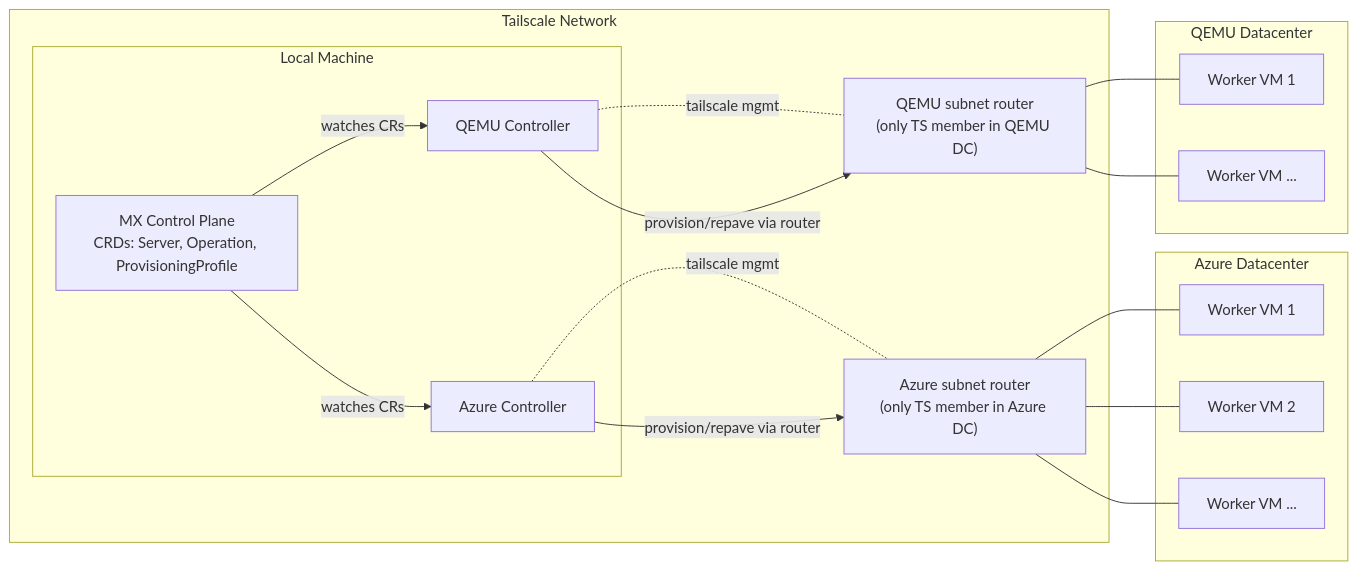
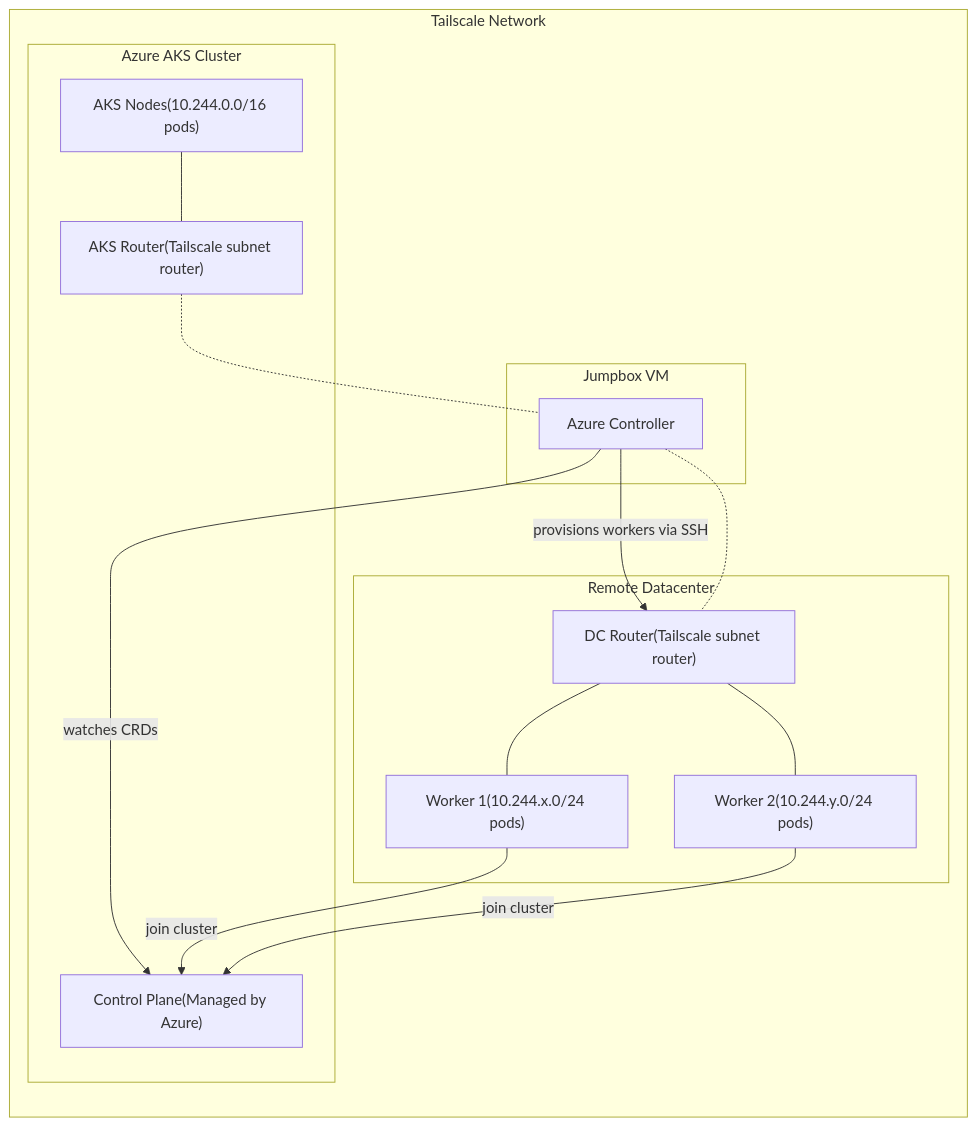
Before and after one commit to vpatelsj/stargate: the diagram in README.md, drawn with Mermaid. The commit also changed other lines of this file and 6 other files, not shown here.

````diff
--- a/README.md
+++ b/README.md
@@ -5,40 +33,32 @@
 ```mermaid
 flowchart LR
   subgraph TS[Tailscale Network]
-    subgraph Local[Local Machine]
-      CP["MX Control Plane\nCRDs: Server, Operation, ProvisioningProfile"]
+    subgraph Jumpbox[Jumpbox VM]
       AZC["Azure Controller"]
-      QC["QEMU Controller"]
     end
 
-    AZR["Azure subnet router\n(only TS member in Azure DC)"]
-    QR["QEMU subnet router\n(only TS member in QEMU DC)"]
+    subgraph AKS[Azure AKS Cluster]
+      CP["Control Plane(Managed by Azure)"]
+      AKSNodes["AKS Nodes(10.244.0.0/16 pods)"]
+      AKSR["AKS Router(Tailscale subnet router)"]
+    end
+
+    subgraph DC[Remote Datacenter]
+      DCR["DC Router(Tailscale subnet router)"]
+      W1["Worker 1(10.244.x.0/24 pods)"]
+      W2["Worker 2(10.244.y.0/24 pods)"]
+    end
   end
 
-  subgraph AzureDC[Azure Datacenter]
-    AVM1[Worker VM 1]
-    AVM2[Worker VM 2]
-    AVM3[Worker VM ...]
-  end
-
-  subgraph QemuDC[QEMU Datacenter]
-    QVM1[Worker VM 1]
-    QVM2[Worker VM ...]
-  end
-
-  CP -- watches CRs --> AZC
-  CP -- watches CRs --> QC
-
-  AZC -. tailscale mgmt .- AZR
-  QC  -. tailscale mgmt .- QR
-
-  AZC -- provision/repave via router --> AZR
-  QC  -- provision/repave via router --> QR
-
-  AZR --- AVM1
-  AZR --- AVM2
-  AZR --- AVM3
-
-  QR --- QVM1
-  QR --- QVM2
+  AZC -- watches CRDs --> CP
+  AZC -- provisions workers via SSH --> DCR
+  
+  AKSR -.- AZC
+  AZC -.- DCR
+  
+  AKSNodes --- AKSR
+  DCR --- W1
+  DCR --- W2
+  
+  W1 & W2 -- join cluster --> CP
 ```
````
